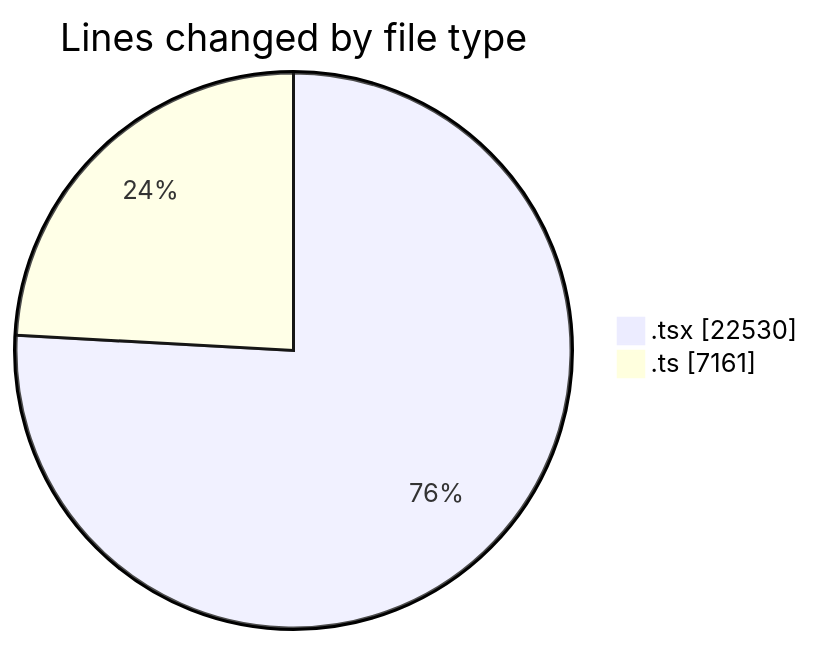
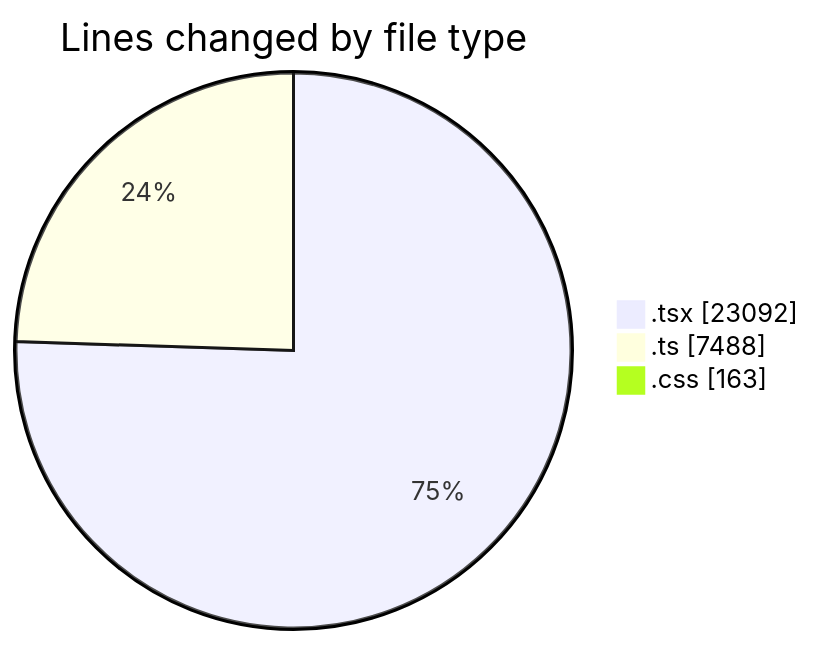
One commit to nxtqubesakshisongat/code-tracking changed the first of 2 diagrams in 2026-08-23/nxtqube_webapp/README.md. Above: the diagram before and after it, drawn with Mermaid. The commit also changed other lines of this file and 1 other file, not shown here.

````diff
--- a/2026-08-23/nxtqube_webapp/README.md
+++ b/2026-08-23/nxtqube_webapp/README.md
@@ -71,6 +73,7 @@
 ```mermaid
 pie showData
 title Lines changed by file type
-".tsx" : 22530
-".ts" : 7161
+".tsx" : 23092
+".ts" : 7488
+".css" : 163
 ```
````
